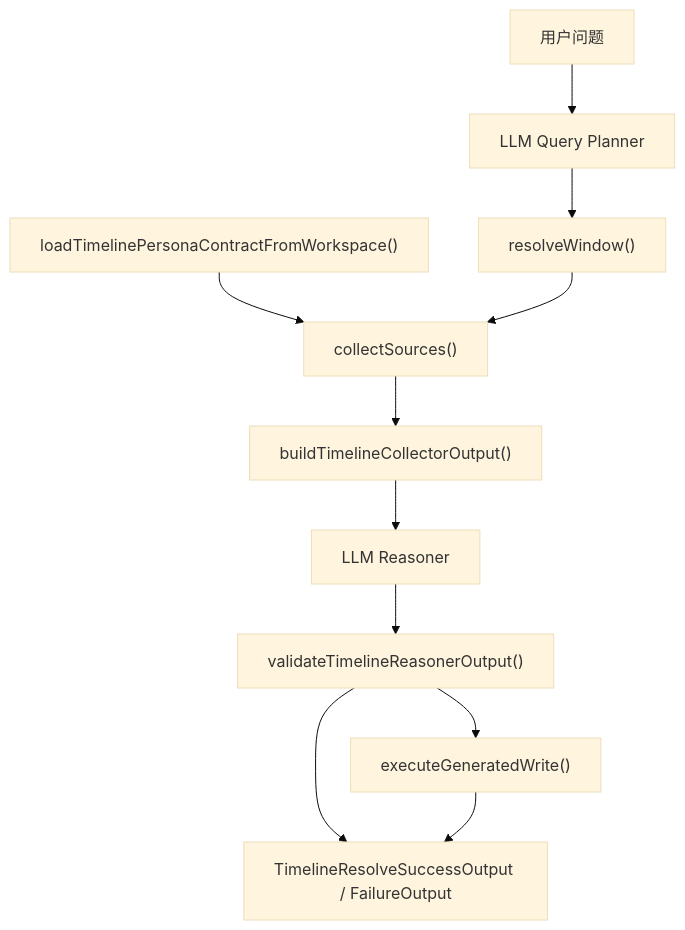
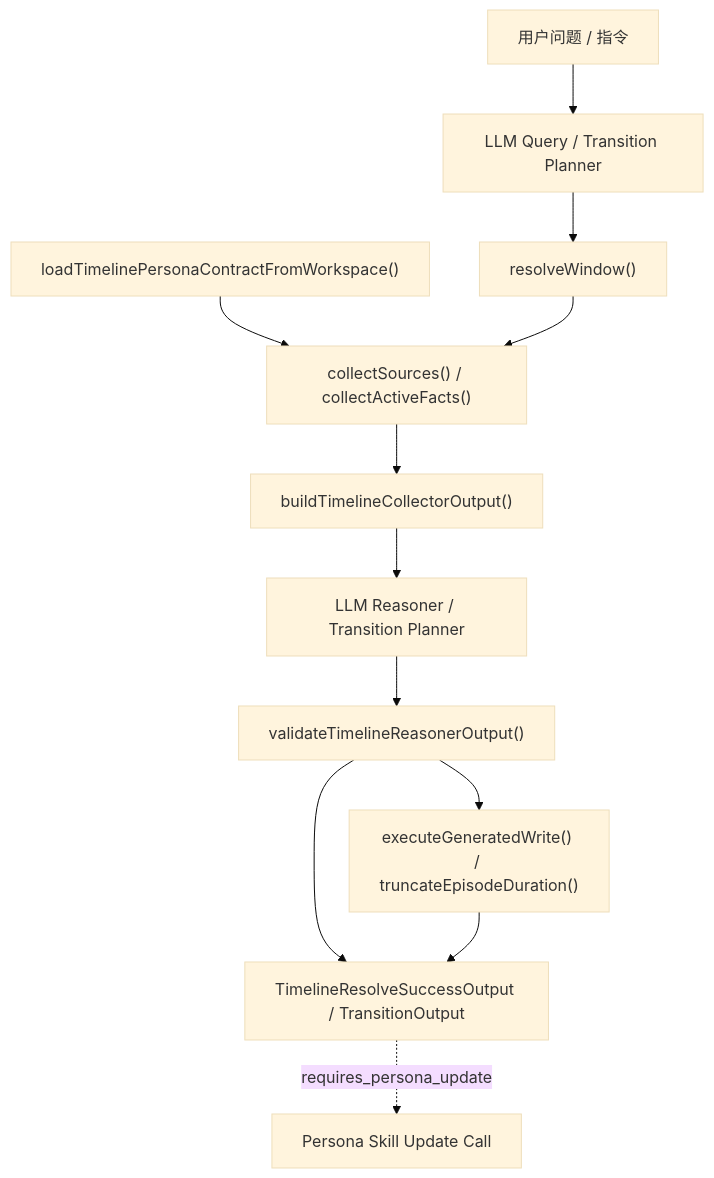
One commit to tower1229/Her changed the first of 3 diagrams in docs/architecture.md. Above: the diagram before and after it, drawn with Mermaid (base theme). The commit also changed other lines of this file and 19 other files, not shown here.

Commit message:
feat: implement timeline episode storage system with conflict detection and chronological management

````diff
--- a/docs/architecture.md
+++ b/docs/architecture.md
@@ -27,24 +27,26 @@
 ```mermaid
 flowchart TD
-    User["用户问题"]
+    User["用户问题 / 指令"]
     Persona["loadTimelinePersonaContractFromWorkspace()"]
-    Planner["LLM Query Planner"]
+    Planner["LLM Query / Transition Planner"]
     Window["resolveWindow()"]
-    Sources["collectSources()"]
+    Sources["collectSources() / collectActiveFacts()"]
     Collector["buildTimelineCollectorOutput()"]
-    Reasoner["LLM Reasoner"]
+    Reasoner["LLM Reasoner / Transition Planner"]
     Guard["validateTimelineReasonerOutput()"]
-    Writer["executeGeneratedWrite()"]
-    Output["TimelineResolveSuccessOutput / FailureOutput"]
+    Writer["executeGeneratedWrite() / truncateEpisodeDuration()"]
+    Output["TimelineResolveSuccessOutput / TransitionOutput"]
+    PersonaSubagent["Persona Skill Update Call"]
 
     User --> Planner
     Persona --> Sources
     Planner --> Window
     Window --> Sources
     Sources --> Collector
     Collector --> Reasoner
     Reasoner --> Guard
     Guard --> Writer
     Guard --> Output
     Writer --> Output
+    Output -.->|requires_persona_update| PersonaSubagent
 ```
````
